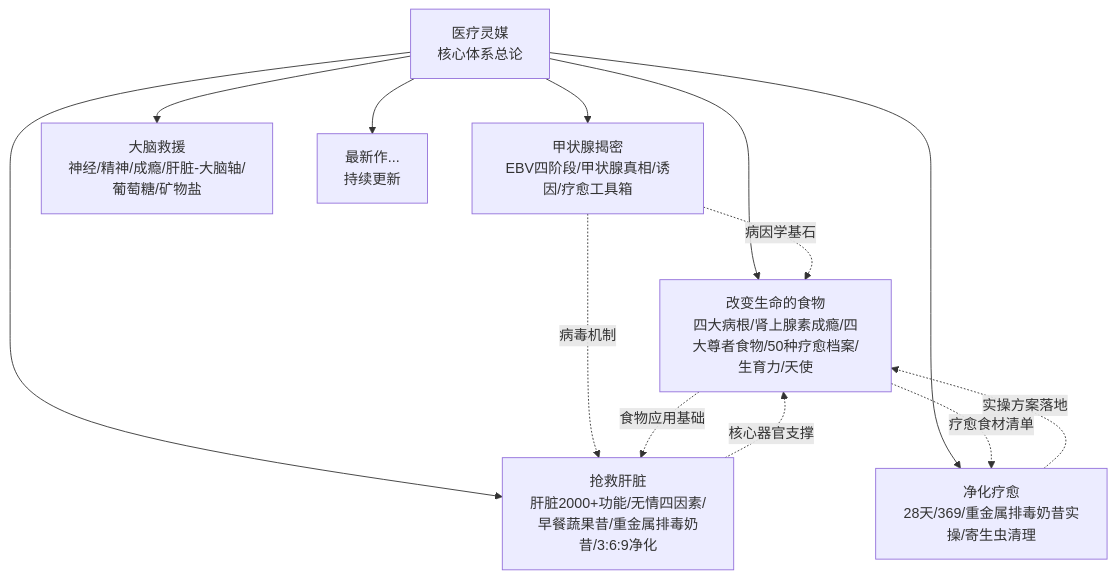
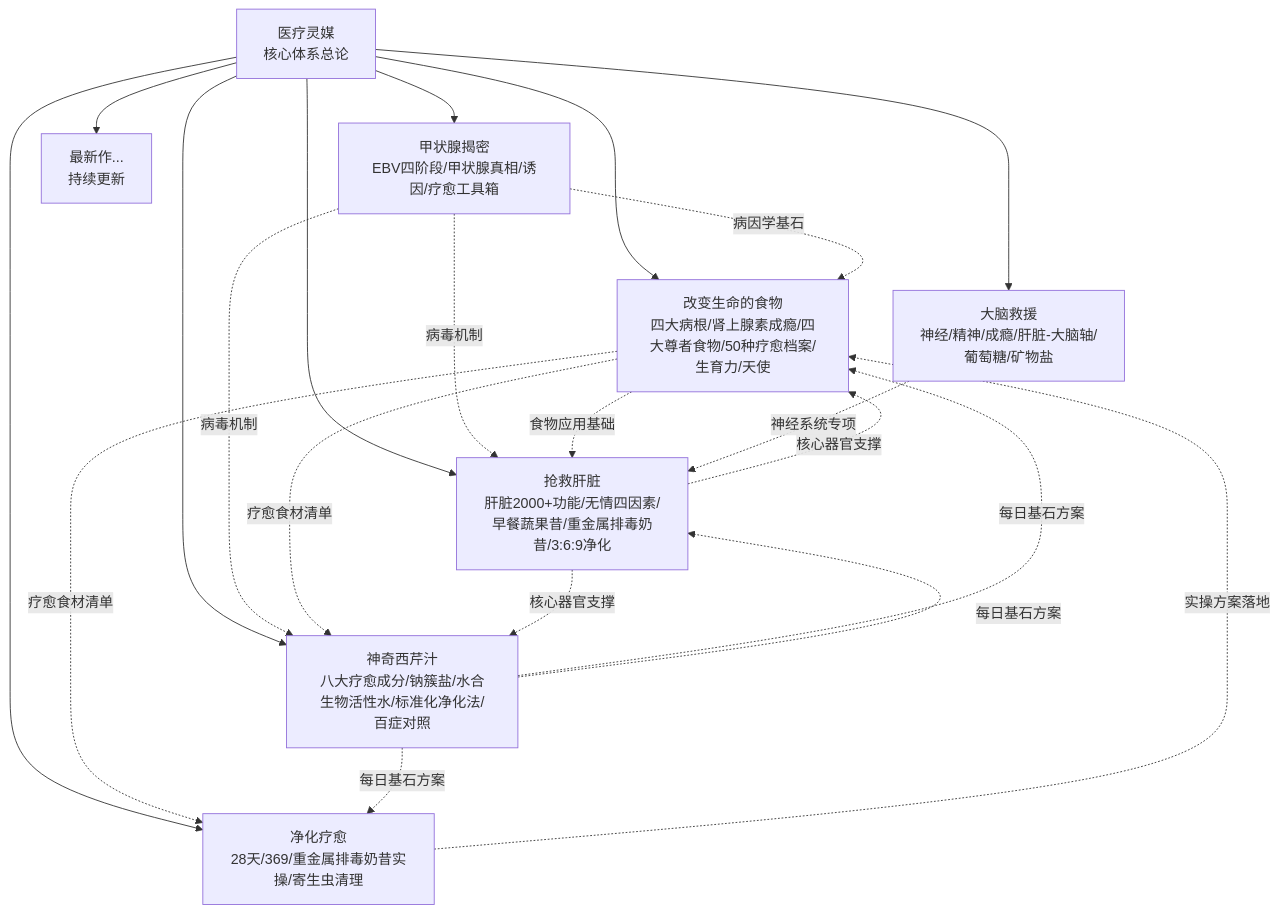
The first of 3 diagrams in pages/yi-liao-ling-mei.md (OpenDocCN1/mystery-llm-wiki), drawn with Mermaid before and after one commit. The commit also changed other lines of this file and 4 other files, not shown here.

````diff
--- a/pages/yi-liao-ling-mei.md
+++ b/pages/yi-liao-ling-mei.md
@@ -27,16 +31,24 @@
 ```mermaid
 graph TD
     A[医疗灵媒<br/>核心体系总论] --> B[甲状腺揭密<br/>EBV四阶段/甲状腺真相/诱因/疗愈工具箱]
     A --> C[改变生命的食物<br/>四大病根/肾上腺素成瘾/四大尊者食物/50种疗愈档案/生育力/天使]
     A --> D[抢救肝脏<br/>肝脏2000+功能/无情四因素/早餐蔬果昔/重金属排毒奶昔/3:6:9净化]
-    A --> E[净化疗愈<br/>28天/369/重金属排毒奶昔实操/寄生虫清理]
-    A --> F[大脑救援<br/>神经/精神/成瘾/肝脏-大脑轴/葡萄糖/矿物盐]
-    A --> G[最新作...<br/>持续更新]
+    A --> E[神奇西芹汁<br/>八大疗愈成分/钠簇盐/水合生物活性水/标准化净化法/百症对照]
+    A --> F[净化疗愈<br/>28天/369/重金属排毒奶昔实操/寄生虫清理]
+    A --> G[大脑救援<br/>神经/精神/成瘾/肝脏-大脑轴/葡萄糖/矿物盐]
+    A --> H[最新作...<br/>持续更新]
     
     B -.->|病因学基石| C
     B -.->|病毒机制| D
+    B -.->|病毒机制| E
     C -.->|食物应用基础| D
     C -.->|疗愈食材清单| E
+    C -.->|疗愈食材清单| F
     D -.->|核心器官支撑| C
-    E -.->|实操方案落地| C
+    D -.->|核心器官支撑| E
+    E -.->|每日基石方案| C
+    E -.->|每日基石方案| D
+    E -.->|每日基石方案| F
+    F -.->|实操方案落地| C
+    G -.->|神经系统专项| D
 ```
````
